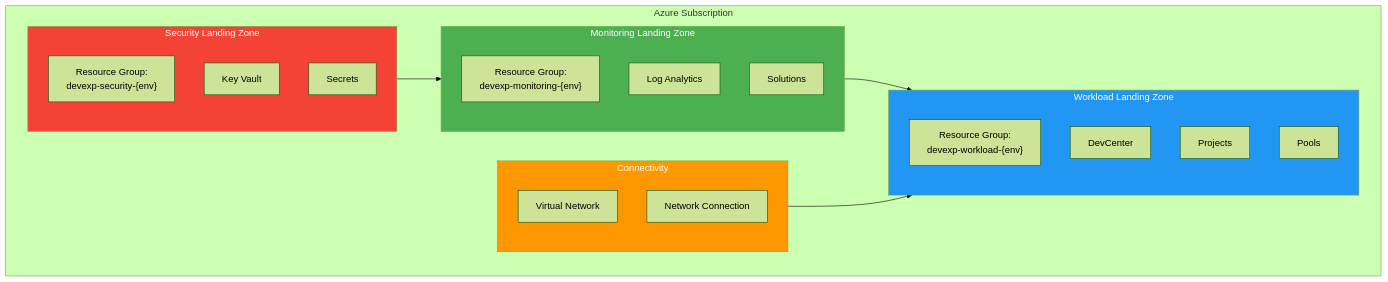
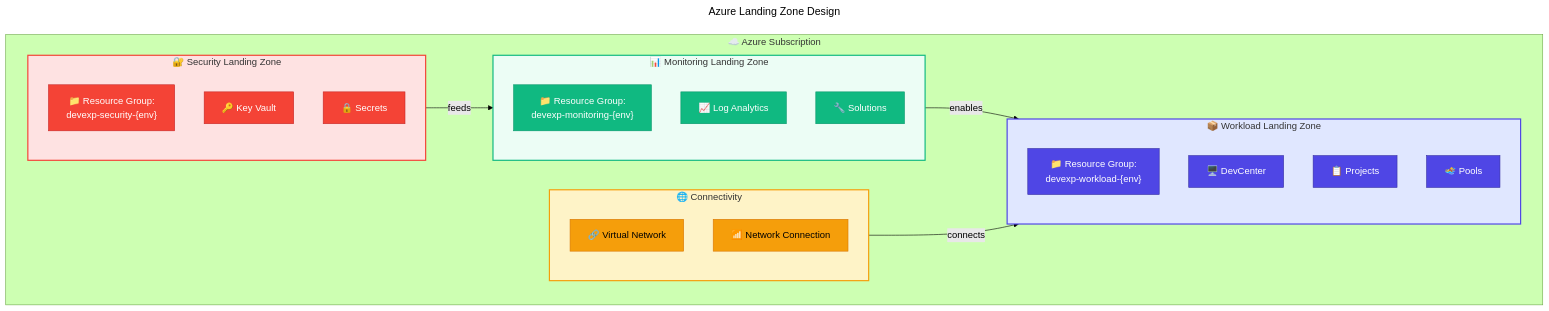
The third of 9 diagrams in docs/architecture/04-technology-architecture.md (Evilazaro/DevExp-DevBox), drawn with Mermaid (forest theme) before and after one commit. The commit also changed other lines of this file, not shown here.

Commit message:
Enhance documentation for technology architecture by adding emojis, improving section titles, and refining diagram styles for better clarity and navigation.

````diff
--- a/docs/architecture/04-technology-architecture.md
+++ b/docs/architecture/04-technology-architecture.md
@@ -236,41 +279,61 @@
 ```mermaid
+---
+title: Azure Landing Zone Design
+---
 flowchart TB
-    subgraph Subscription["Azure Subscription"]
-        subgraph Security["Security Landing Zone"]
+    %% ===== SUBSCRIPTION =====
+    subgraph Subscription["☁️ Azure Subscription"]
+        %% ===== SECURITY =====
+        subgraph Security["🔐 Security Landing Zone"]
             direction TB
-            RG_S["Resource Group:\ndevexp-security-{env}"]
-            KV_R["Key Vault"]
-            SEC_R["Secrets"]
+            RG_S["📁 Resource Group:<br/>devexp-security-{env}"]
+            KV_R["🔑 Key Vault"]
+            SEC_R["🔒 Secrets"]
         end
         
-        subgraph Monitoring["Monitoring Landing Zone"]
+        %% ===== MONITORING =====
+        subgraph Monitoring["📊 Monitoring Landing Zone"]
             direction TB
-            RG_M["Resource Group:\ndevexp-monitoring-{env}"]
-            LA_R["Log Analytics"]
-            SOL_R["Solutions"]
+            RG_M["📁 Resource Group:<br/>devexp-monitoring-{env}"]
+            LA_R["📈 Log Analytics"]
+            SOL_R["🔧 Solutions"]
         end
         
-        subgraph Workload["Workload Landing Zone"]
+        %% ===== WORKLOAD =====
+        subgraph Workload["📦 Workload Landing Zone"]
             direction TB
-            RG_W["Resource Group:\ndevexp-workload-{env}"]
-            DC_R["DevCenter"]
-            PROJ_R["Projects"]
-            POOL_R["Pools"]
+            RG_W["📁 Resource Group:<br/>devexp-workload-{env}"]
+            DC_R["🖥️ DevCenter"]
+            PROJ_R["📋 Projects"]
+            POOL_R["🏊 Pools"]
         end
         
-        subgraph Network["Connectivity"]
+        %% ===== CONNECTIVITY =====
+        subgraph Network["🌐 Connectivity"]
             direction TB
-            VNET_R["Virtual Network"]
-            NC_R["Network Connection"]
+            VNET_R["🔗 Virtual Network"]
+            NC_R["📶 Network Connection"]
         end
     end
     
-    Security --> Monitoring
-    Monitoring --> Workload
-    Network --> Workload
+    %% ===== CONNECTIONS =====
+    Security -->|feeds| Monitoring
+    Monitoring -->|enables| Workload
+    Network -->|connects| Workload
     
-    style Security fill:#F44336,color:#fff
-    style Monitoring fill:#4CAF50,color:#fff
-    style Workload fill:#2196F3,color:#fff
-    style Network fill:#FF9800,color:#fff
+    %% ===== STYLES =====
+    classDef failed fill:#F44336,stroke:#C62828,color:#FFFFFF
+    classDef secondary fill:#10B981,stroke:#059669,color:#FFFFFF
+    classDef primary fill:#4F46E5,stroke:#3730A3,color:#FFFFFF
+    classDef datastore fill:#F59E0B,stroke:#D97706,color:#000000
+    
+    class RG_S,KV_R,SEC_R failed
+    class RG_M,LA_R,SOL_R secondary
+    class RG_W,DC_R,PROJ_R,POOL_R primary
+    class VNET_R,NC_R datastore
+    
+    style Security fill:#FEE2E2,stroke:#F44336,stroke-width:2px
+    style Monitoring fill:#ECFDF5,stroke:#10B981,stroke-width:2px
+    style Workload fill:#E0E7FF,stroke:#4F46E5,stroke-width:2px
+    style Network fill:#FEF3C7,stroke:#F59E0B,stroke-width:2px
 ```
````
